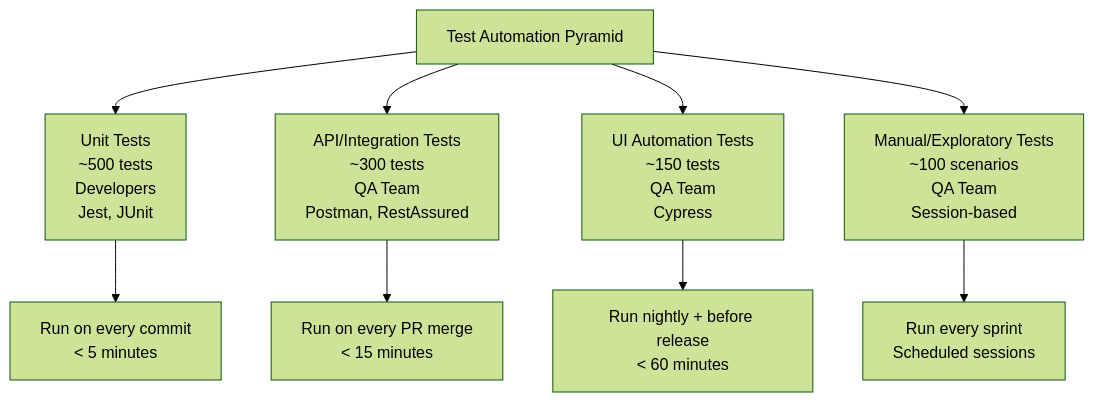
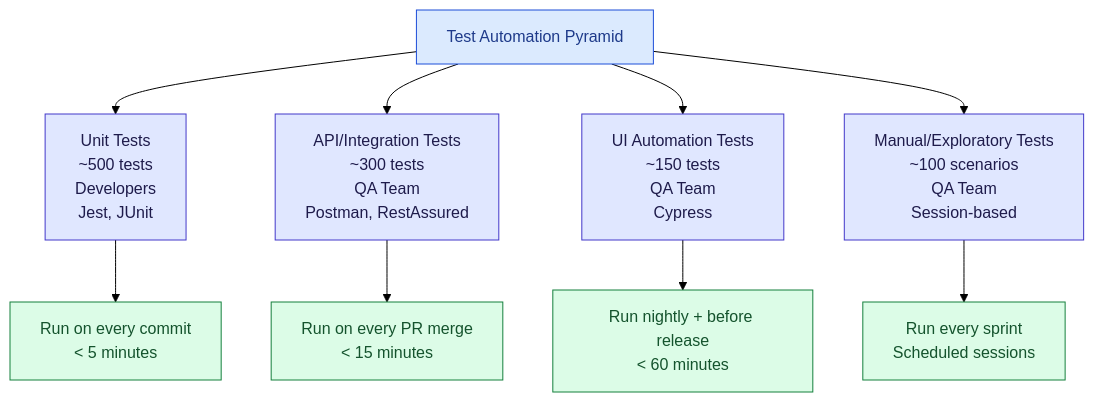
One commit to ghanendra-sdet/manual-testing-playbook changed the second of 6 diagrams in Part_10_Test_Planning_Documentation.md. Above: the diagram before and after it, drawn with Mermaid (forest theme). The commit also changed other lines of this file and 15 other files, not shown here.

Commit message:
Fix broken routes and anchors; update OWASP 2025, ISTQB v4.0, WCAG 2.2, Jira/Zephyr naming and pricing; style diagrams

````diff
--- a/Part_10_Test_Planning_Documentation.md
+++ b/Part_10_Test_Planning_Documentation.md
@@ -316,12 +319,21 @@
 ```mermaid
 graph TD
     A["Test Automation Pyramid"] --> B["Unit Tests<br/>~500 tests<br/>Developers<br/>Jest, JUnit"]
     A --> C["API/Integration Tests<br/>~300 tests<br/>QA Team<br/>Postman, RestAssured"]
     A --> D["UI Automation Tests<br/>~150 tests<br/>QA Team<br/>Cypress"]
     A --> E["Manual/Exploratory Tests<br/>~100 scenarios<br/>QA Team<br/>Session-based"]
     
     B --> F["Run on every commit<br/>< 5 minutes"]
     C --> G["Run on every PR merge<br/>< 15 minutes"]
     D --> H["Run nightly + before release<br/>< 60 minutes"]
     E --> I["Run every sprint<br/>Scheduled sessions"]
+
+    classDef start fill:#dbeafe,stroke:#1d4ed8,color:#1e3a8a
+    classDef step fill:#e0e7ff,stroke:#4338ca,color:#1e1b4b
+    classDef decision fill:#fef3c7,stroke:#b45309,color:#78350f
+    classDef good fill:#dcfce7,stroke:#15803d,color:#14532d
+    classDef bad fill:#fee2e2,stroke:#b91c1c,color:#7f1d1d
+    class A start
+    class B,C,D,E step
+    class F,G,H,I good
 ```
````
